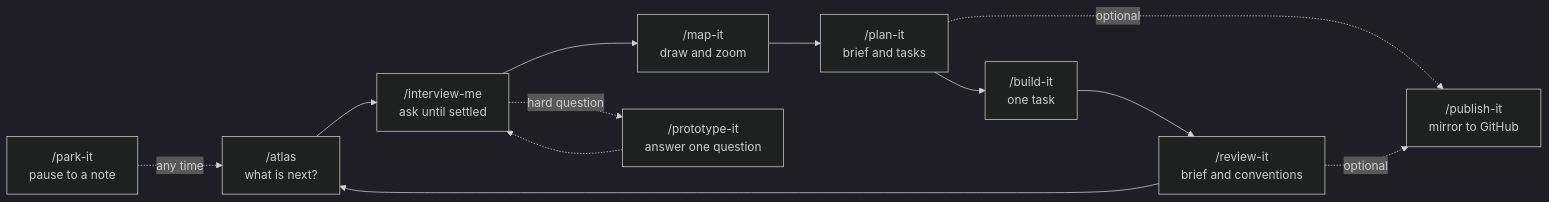
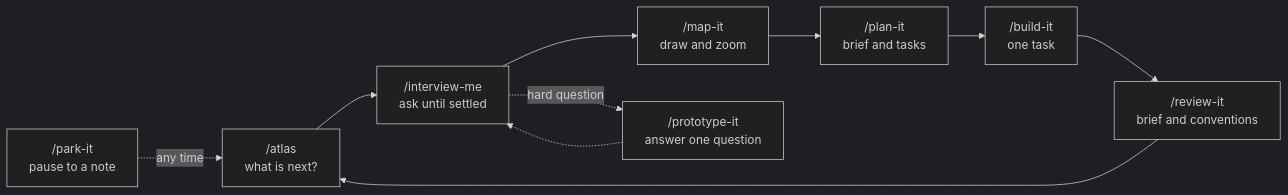
One commit to somethingdarkside1/atlas-skills changed the first of 2 diagrams in README.md. Above: the diagram before and after it, drawn with Mermaid (dark theme). The commit also changed other lines of this file and 7 other files, not shown here.

Commit message:
One home for the plan: drop the mirror and publish-it

````diff
--- a/README.md
+++ b/README.md
@@ -57,18 +57,15 @@
 ```mermaid
 flowchart LR
   atlas["/atlas<br/>what is next?"]
   interview["/interview-me<br/>ask until settled"]
   map["/map-it<br/>draw and zoom"]
   plan["/plan-it<br/>brief and tasks"]
   build["/build-it<br/>one task"]
   review["/review-it<br/>brief and conventions"]
   prototype["/prototype-it<br/>answer one question"]
   handoff["/park-it<br/>pause to a note"]
-  publish["/publish-it<br/>mirror to GitHub"]
 
   atlas --> interview --> map --> plan --> build --> review --> atlas
   interview -. hard question .-> prototype -.-> interview
-  plan -. optional .-> publish
-  review -. optional .-> publish
   handoff -. any time .-> atlas
 ```
````
